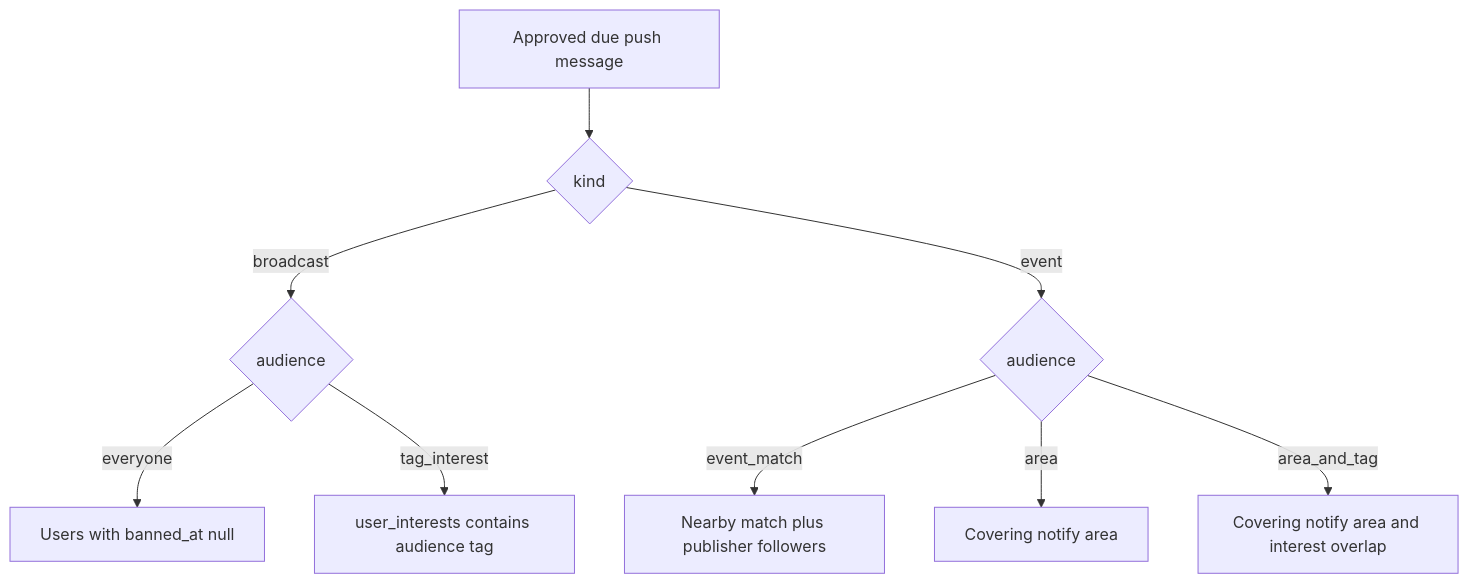
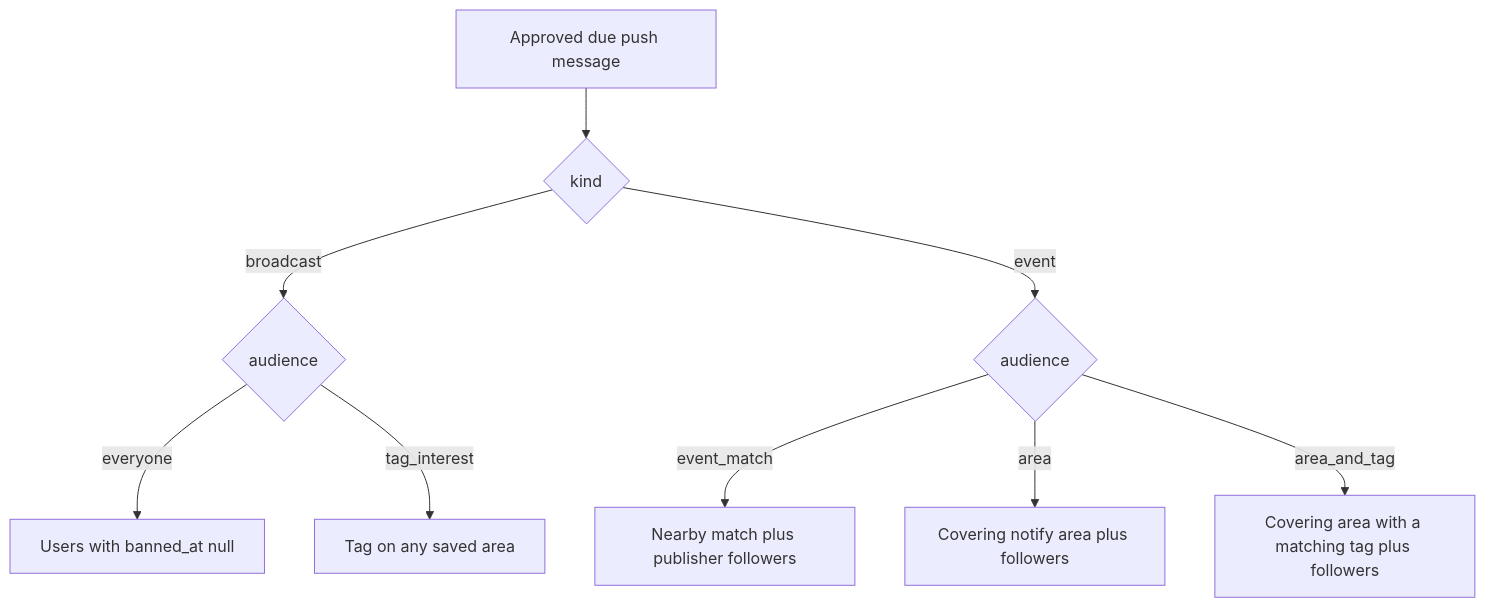
Before and after one commit to BradleySmallbottoms/evently: the diagram in docs/NOTIFICATIONS.md, drawn with Mermaid. The commit also changed other lines of this file and 85 other files, not shown here.

````diff
--- a/docs/NOTIFICATIONS.md
+++ b/docs/NOTIFICATIONS.md
@@ -31,12 +38,12 @@
 ```mermaid
 flowchart TD
   msg[Approved due push message]
   msg --> kind{kind}
   kind -->|broadcast| bcast{audience}
   bcast -->|everyone| all[Users with banned_at null]
-  bcast -->|tag_interest| tag[user_interests contains audience tag]
+  bcast -->|tag_interest| tag[Tag on any saved area]
   kind -->|event| ev{audience}
   ev -->|event_match| both[Nearby match plus publisher followers]
-  ev -->|area| geo[Covering notify area]
-  ev -->|area_and_tag| geoTag[Covering notify area and interest overlap]
+  ev -->|area| geo[Covering notify area plus followers]
+  ev -->|area_and_tag| geoTag[Covering area with a matching tag plus followers]
 ```
````
